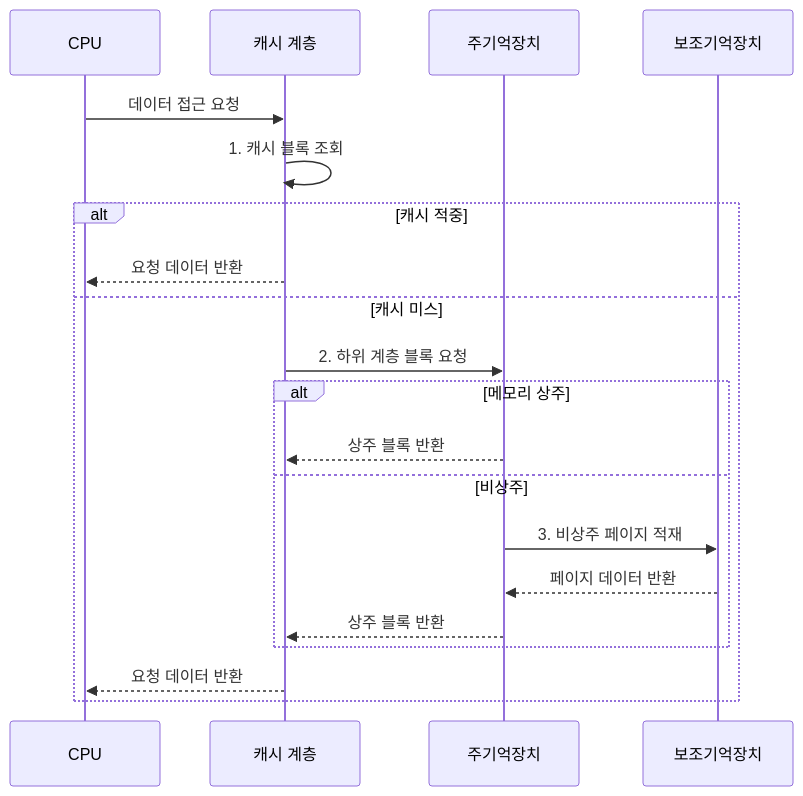
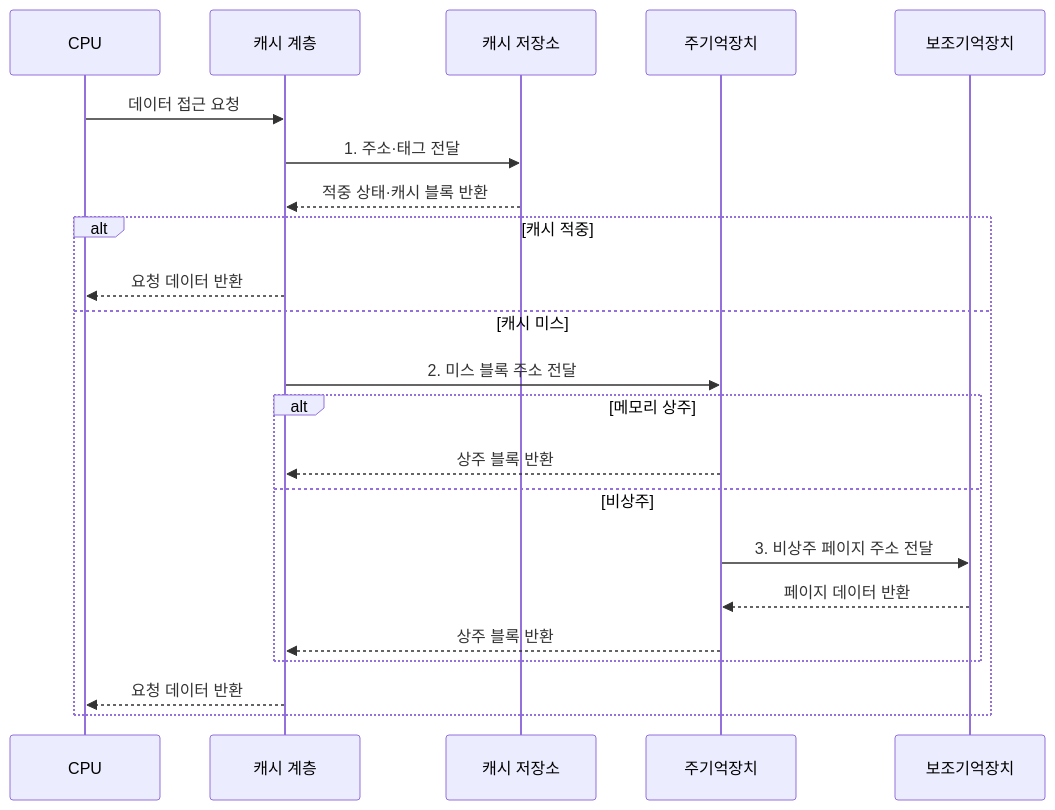
The second of 2 diagrams in src/content/docs/notes/02-hardware/022_memory_hierarchy.md (agnusdei1207/knowledge-base), drawn with Mermaid before and after one commit. The commit also changed other lines of this file and 20 other files, not shown here.

````diff
--- a/src/content/docs/notes/02-hardware/022_memory_hierarchy.md
+++ b/src/content/docs/notes/02-hardware/022_memory_hierarchy.md
@@ -93,22 +90,24 @@
 ```mermaid
 sequenceDiagram
     participant C as CPU
     participant L as 캐시 계층
+    participant T as 캐시 저장소
     participant M as 주기억장치
     participant S as 보조기억장치
     C->>L: 데이터 접근 요청
-    L->>L: 1. 캐시 블록 조회
+    L->>T: 1. 주소·태그 전달
+    T-->>L: 적중 상태·캐시 블록 반환
     alt 캐시 적중
         L-->>C: 요청 데이터 반환
     else 캐시 미스
-        L->>M: 2. 하위 계층 블록 요청
+        L->>M: 2. 미스 블록 주소 전달
         alt 메모리 상주
             M-->>L: 상주 블록 반환
         else 비상주
-            M->>S: 3. 비상주 페이지 적재
+            M->>S: 3. 비상주 페이지 주소 전달
             S-->>M: 페이지 데이터 반환
             M-->>L: 상주 블록 반환
         end
         L-->>C: 요청 데이터 반환
     end
 ```
````
